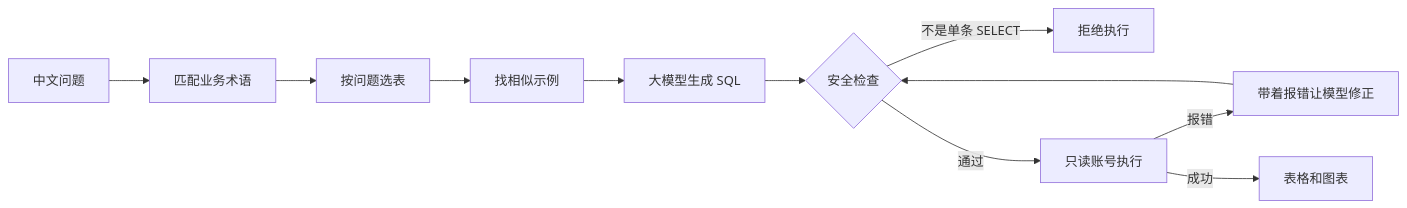
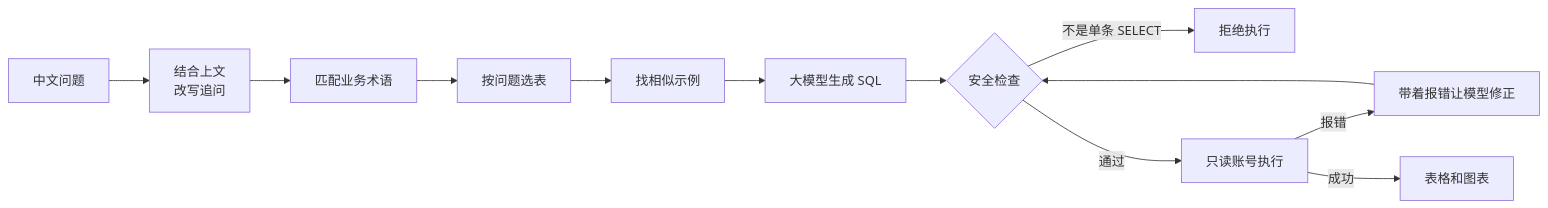
The diagram in README.md (Calvin1989/AskDB), drawn with Mermaid before and after one commit. The commit also changed other lines of this file and 51 other files, not shown here.

````diff
--- a/README.md
+++ b/README.md
@@ -27,13 +45,14 @@
 ```mermaid
 flowchart LR
-    Q[中文问题] --> G[匹配业务术语]
+    Q[中文问题] --> W[结合上文<br/>改写追问]
+    W --> G[匹配业务术语]
     G --> S[按问题选表]
     S --> E[找相似示例]
     E --> L[大模型生成 SQL]
     L --> C{安全检查}
     C -- 不是单条 SELECT --> R[拒绝执行]
     C -- 通过 --> X[只读账号执行]
     X -- 报错 --> F[带着报错让模型修正]
     F --> C
     X -- 成功 --> A[表格和图表]
 ```
````
